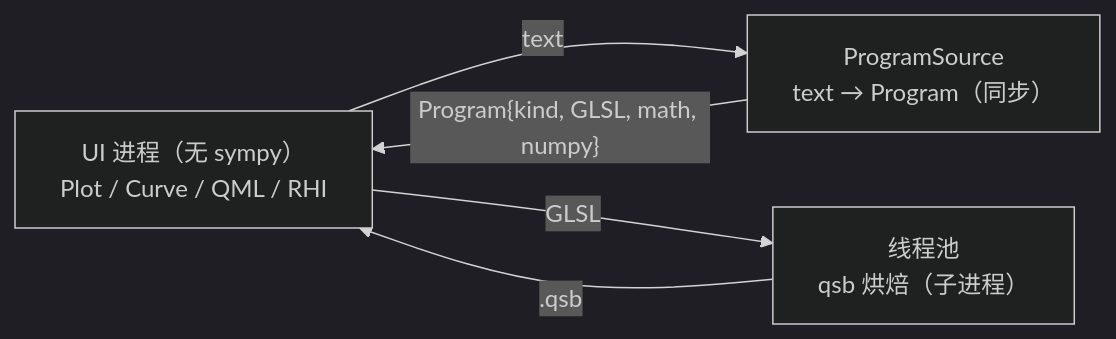
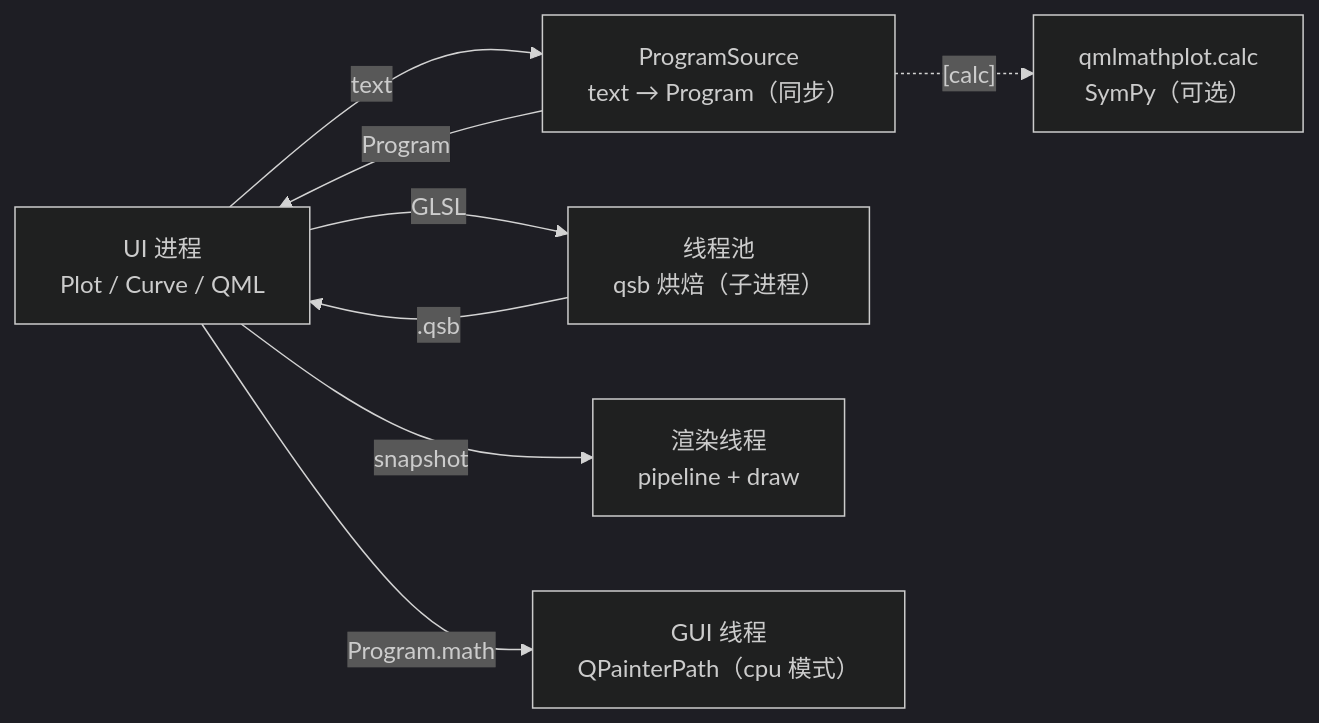
Before and after one commit to I-AM-A-NOOB/QMLMathPlot: the diagram in docs/zh-CN.md, drawn with Mermaid (dark theme). The commit also changed other lines of this file and 11 other files, not shown here.

First line of the commit message:
docs(0.7): add architecture, API, programs, rendering and migration guides

````diff
--- a/docs/zh-CN.md
+++ b/docs/zh-CN.md
@@ -8,10 +8,17 @@
 ```mermaid
 flowchart LR
-    UI["UI 进程（无 sympy）<br/>Plot / Curve / QML / RHI"]
+    UI["UI 进程<br/>Plot / Curve / QML"]
     SRC["ProgramSource<br/>text → Program（同步）"]
+    CALC["qmlmathplot.calc<br/>SymPy（可选）"]
     QSB["线程池<br/>qsb 烘焙（子进程）"]
+    RHI["渲染线程<br/>pipeline + draw"]
+    CPU["GUI 线程<br/>QPainterPath（cpu 模式）"]
+
     UI -- "text" --> SRC
-    SRC -- "Program{kind, GLSL, math, numpy}" --> UI
+    SRC -. "[calc]" .-> CALC
+    SRC -- "Program" --> UI
     UI -- "GLSL" --> QSB
     QSB -- ".qsb" --> UI
+    UI -- "snapshot" --> RHI
+    UI -- "Program.math" --> CPU
 ```
````
